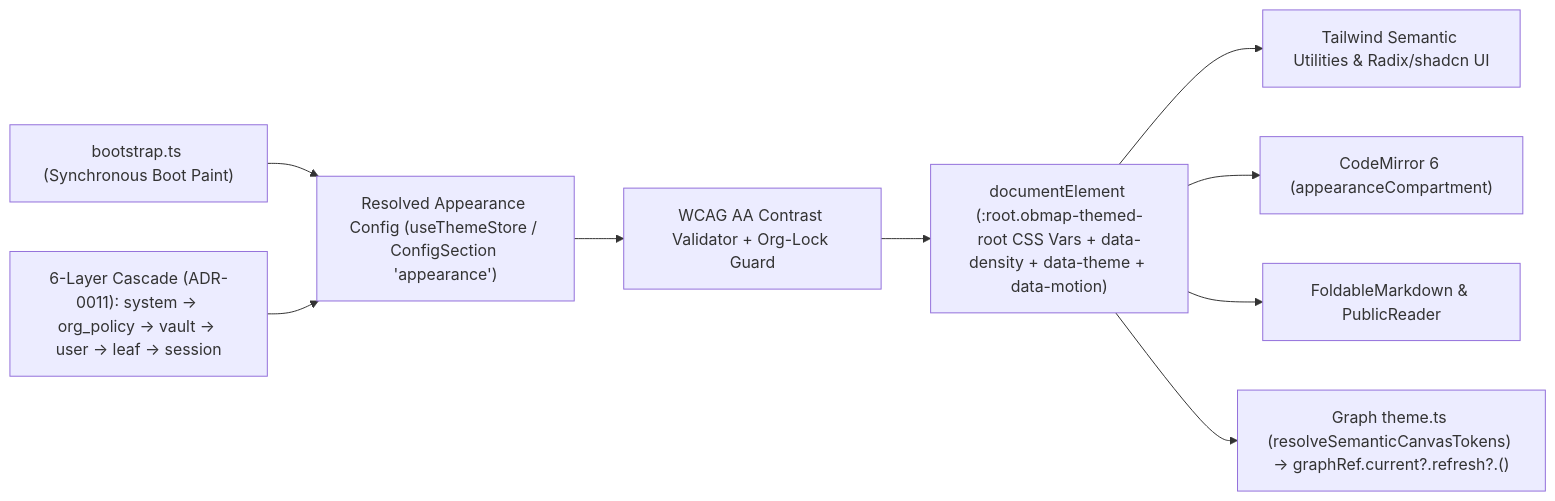
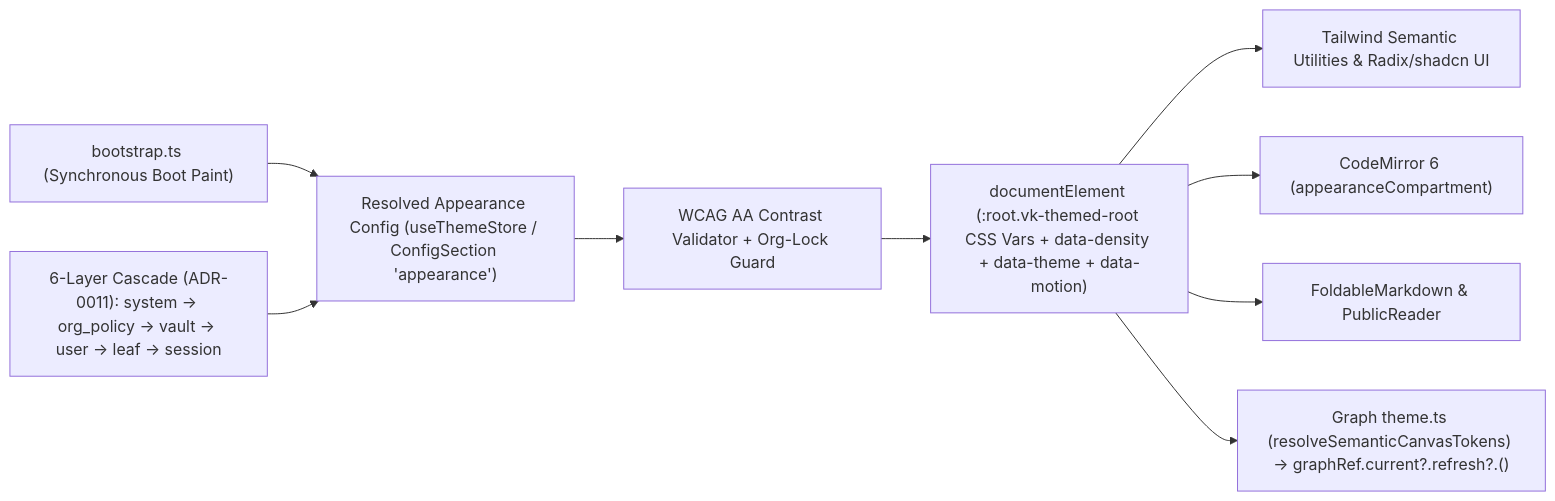
Before and after one commit to mjd-code/obmap-meed: the first of 2 diagrams in docs/02-planning/ui-ux-and-universal-design-system-plan.md, drawn with Mermaid. The commit also changed other lines of this file and 219 other files, not shown here.

````diff
--- a/docs/02-planning/ui-ux-and-universal-design-system-plan.md
+++ b/docs/02-planning/ui-ux-and-universal-design-system-plan.md
@@ -135,11 +136,11 @@
 ```mermaid
 flowchart LR
     BOOT["bootstrap.ts (Synchronous Boot Paint)"] --> CASCADE
     L6["6-Layer Cascade (ADR-0011): system -> org_policy -> vault -> user -> leaf -> session"] --> CASCADE["Resolved Appearance Config (useThemeStore / ConfigSection 'appearance')"]
     CASCADE --> GUARD["WCAG AA Contrast Validator + Org-Lock Guard"]
-    GUARD --> DOM["documentElement (:root.obmap-themed-root CSS Vars + data-density + data-theme + data-motion)"]
+    GUARD --> DOM["documentElement (:root.vk-themed-root CSS Vars + data-density + data-theme + data-motion)"]
     DOM --> TAILWIND["Tailwind Semantic Utilities & Radix/shadcn UI"]
     DOM --> CM6["CodeMirror 6 (appearanceCompartment)"]
     DOM --> READER["FoldableMarkdown & PublicReader"]
     DOM --> CANVAS["Graph theme.ts (resolveSemanticCanvasTokens) -> graphRef.current?.refresh?.()"]
 ```
````
